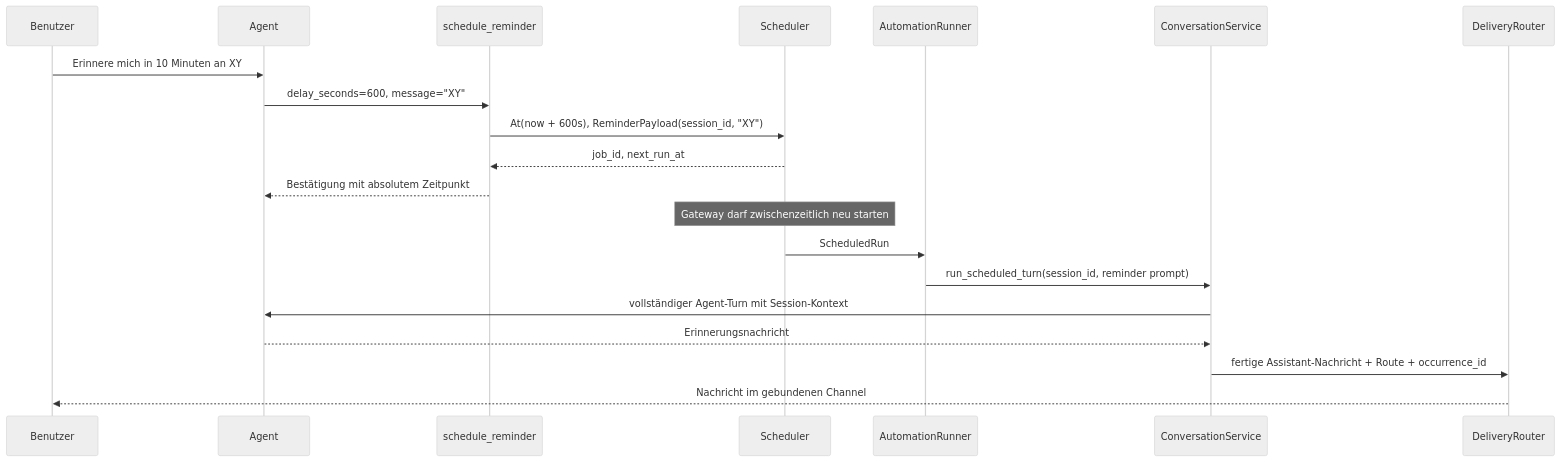
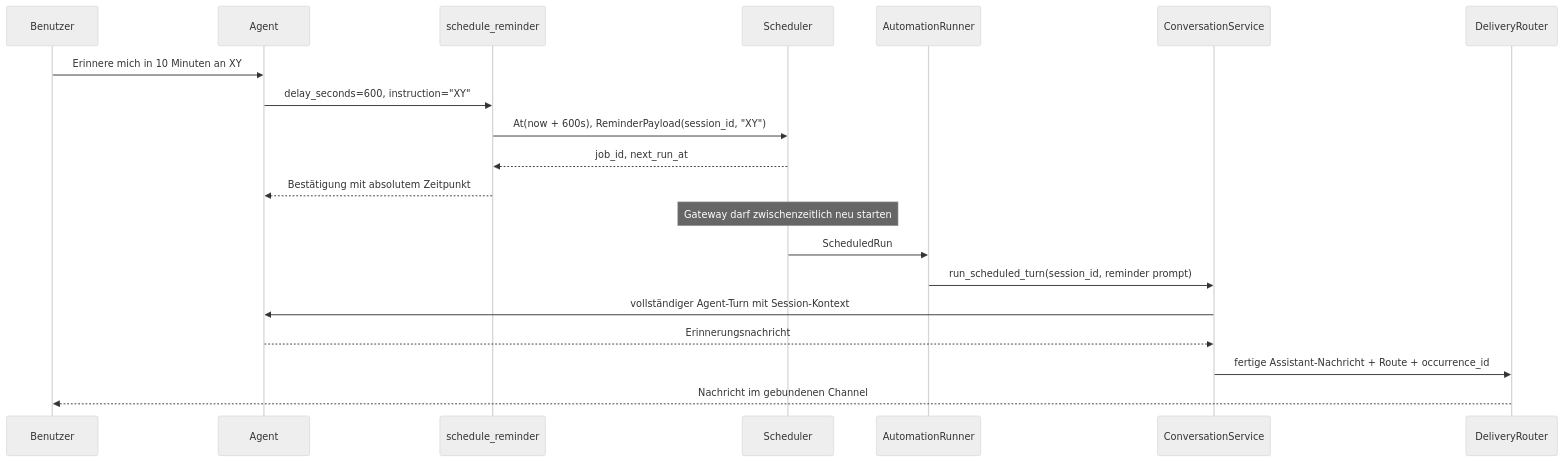
One commit to mathisarends/cara changed the second of 2 diagrams in HEARTBEAT_IMPL.md. Above: the diagram before and after it, drawn with Mermaid (neutral theme). The commit also changed other lines of this file and 19 other files, not shown here.

````diff
--- a/HEARTBEAT_IMPL.md
+++ b/HEARTBEAT_IMPL.md
@@ -224,23 +224,23 @@
 ```mermaid
 sequenceDiagram
     participant U as Benutzer
     participant A as Agent
     participant T as schedule_reminder
     participant S as Scheduler
     participant R as AutomationRunner
     participant C as ConversationService
     participant D as DeliveryRouter
 
     U->>A: Erinnere mich in 10 Minuten an XY
-    A->>T: delay_seconds=600, message="XY"
+    A->>T: delay_seconds=600, instruction="XY"
     T->>S: At(now + 600s), ReminderPayload(session_id, "XY")
     S-->>T: job_id, next_run_at
     T-->>A: Bestätigung mit absolutem Zeitpunkt
     Note over S: Gateway darf zwischenzeitlich neu starten
     S->>R: ScheduledRun
     R->>C: run_scheduled_turn(session_id, reminder prompt)
     C->>A: vollständiger Agent-Turn mit Session-Kontext
     A-->>C: Erinnerungsnachricht
     C->>D: fertige Assistant-Nachricht + Route + occurrence_id
     D-->>U: Nachricht im gebundenen Channel
 ```
````
